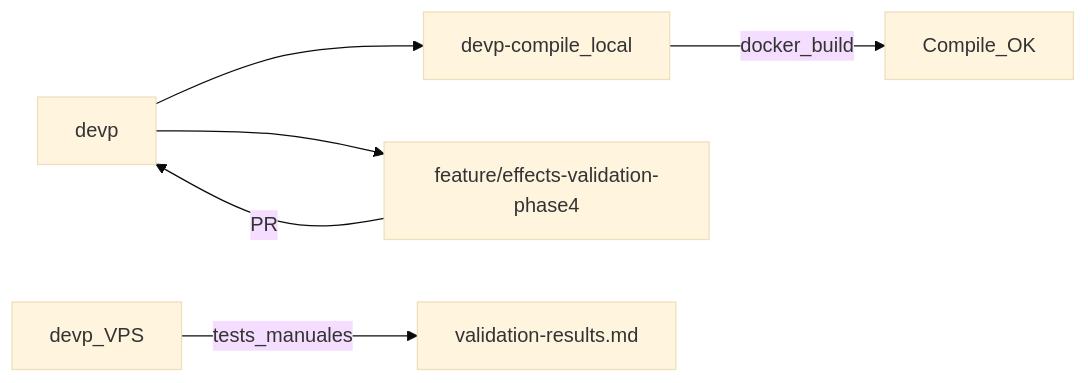
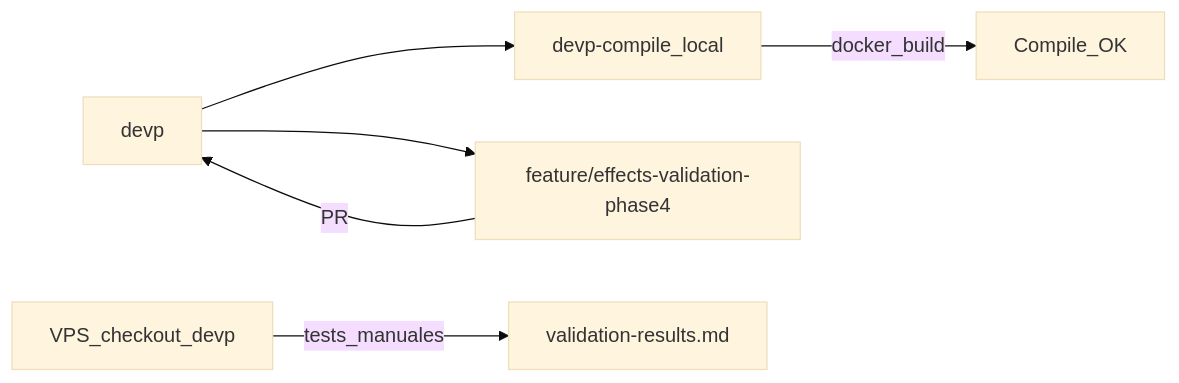
One commit to dagemov/DofusLegacy2.3.7 changed the diagram in docs/effects-validation-phase4/README.md. Above: the diagram before and after it, drawn with Mermaid (base theme). The commit also changed other lines of this file and 6 other files, not shown here.

````diff
--- a/docs/effects-validation-phase4/README.md
+++ b/docs/effects-validation-phase4/README.md
@@ -40,12 +40,12 @@
 ```mermaid
 flowchart LR
   devp[devp]
   compile[devp-compile_local]
-  build[devp_VPS]
+  build[VPS_checkout_devp]
   phase4[feature/effects-validation-phase4]
   devp --> compile
   devp --> phase4
   compile -->|docker_build| compileOK[Compile_OK]
   build -->|tests_manuales| results[validation-results.md]
   phase4 -->|PR| devp
 ```
````
